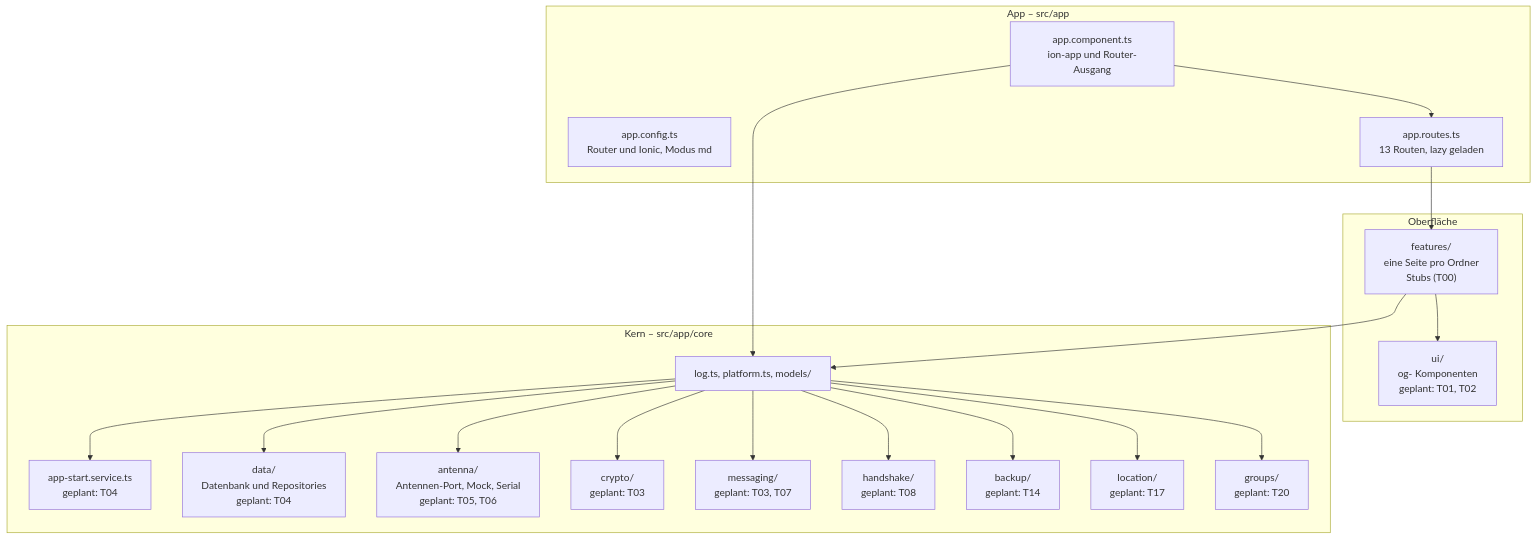
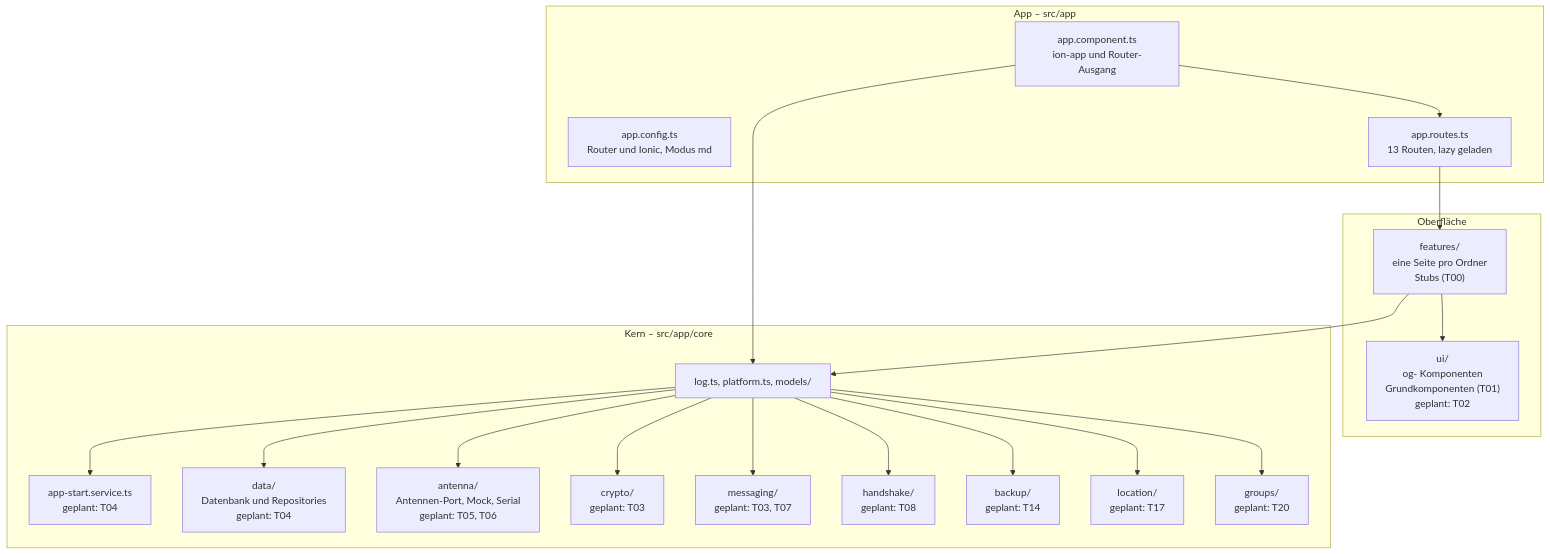
One commit to OffGridCH/app changed the diagram in doku/architektur/ueberblick.md. Above: the diagram before and after it, drawn with Mermaid. The commit also changed other lines of this file and 32 other files, not shown here.

````diff
--- a/doku/architektur/ueberblick.md
+++ b/doku/architektur/ueberblick.md
@@ -9,38 +10,38 @@
 ```mermaid
 flowchart TD
     subgraph App["App – src/app"]
         Root["app.component.ts<br>ion-app und Router-Ausgang"]
         Config["app.config.ts<br>Router und Ionic, Modus md"]
         Routes["app.routes.ts<br>13 Routen, lazy geladen"]
     end
     subgraph Ui["Oberfläche"]
         Pages["features/<br>eine Seite pro Ordner<br>Stubs (T00)"]
-        Components["ui/<br>og- Komponenten<br>geplant: T01, T02"]
+        Components["ui/<br>og- Komponenten<br>Grundkomponenten (T01)<br>geplant: T02"]
     end
     subgraph Core["Kern – src/app/core"]
         Basis["log.ts, platform.ts, models/"]
         Start["app-start.service.ts<br>geplant: T04"]
         Data["data/<br>Datenbank und Repositories<br>geplant: T04"]
         Antenna["antenna/<br>Antennen-Port, Mock, Serial<br>geplant: T05, T06"]
         Crypto["crypto/<br>geplant: T03"]
         Messaging["messaging/<br>geplant: T03, T07"]
         Handshake["handshake/<br>geplant: T08"]
         Backup["backup/<br>geplant: T14"]
         Location["location/<br>geplant: T17"]
         Groups["groups/<br>geplant: T20"]
     end
     Root --> Routes
     Routes --> Pages
     Pages --> Components
     Pages --> Basis
     Root --> Basis
     Basis --> Start
     Basis --> Data
     Basis --> Antenna
     Basis --> Crypto
     Basis --> Messaging
     Basis --> Handshake
     Basis --> Backup
     Basis --> Location
     Basis --> Groups
 ```
````
